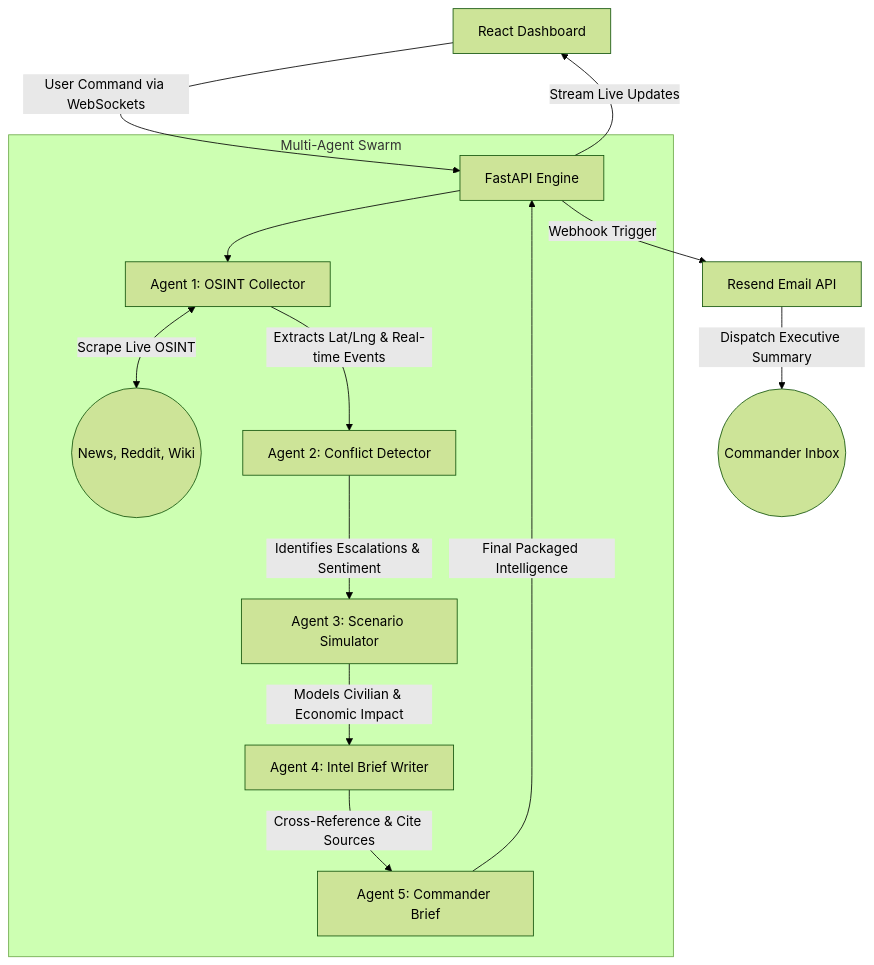
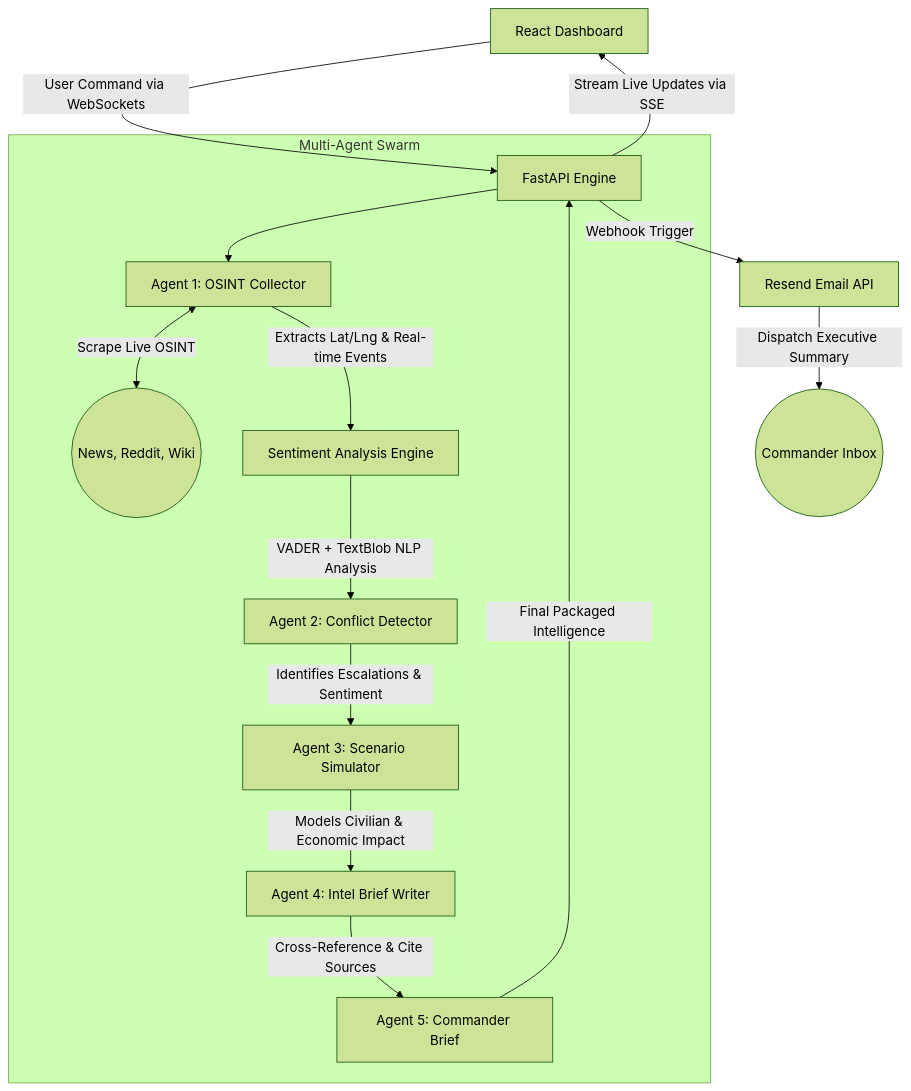
Before and after one commit to StrykarBoston/CIS-SUNHackX: the first of 2 diagrams in README.md, drawn with Mermaid (forest theme). The commit also changed other lines of this file and 2 other files, not shown here.

````diff
--- a/README.md
+++ b/README.md
@@ -11,18 +11,19 @@
 ```mermaid
 graph TD
     A[React Dashboard] -->|User Command via WebSockets| B[FastAPI Engine]
     
     subgraph Multi-Agent Swarm
         B --> C[Agent 1: OSINT Collector]
         C <-->|Scrape Live OSINT| D((News, Reddit, Wiki))
-        C -->|Extracts Lat/Lng & Real-time Events| E[Agent 2: Conflict Detector]
+        C -->|Extracts Lat/Lng & Real-time Events| S[Sentiment Analysis Engine]
+        S -->|VADER + TextBlob NLP Analysis| E[Agent 2: Conflict Detector]
         E -->|Identifies Escalations & Sentiment| F[Agent 3: Scenario Simulator]
         F -->|Models Civilian & Economic Impact| G[Agent 4: Intel Brief Writer]
         G -->|Cross-Reference & Cite Sources| H[Agent 5: Commander Brief]
     end
     
     H -->|Final Packaged Intelligence| B
-    B -->|Stream Live Updates| A
+    B -->|Stream Live Updates via SSE| A
     B -->|Webhook Trigger| I[Resend Email API]
     I -->|Dispatch Executive Summary| J((Commander Inbox))
 ```
````
